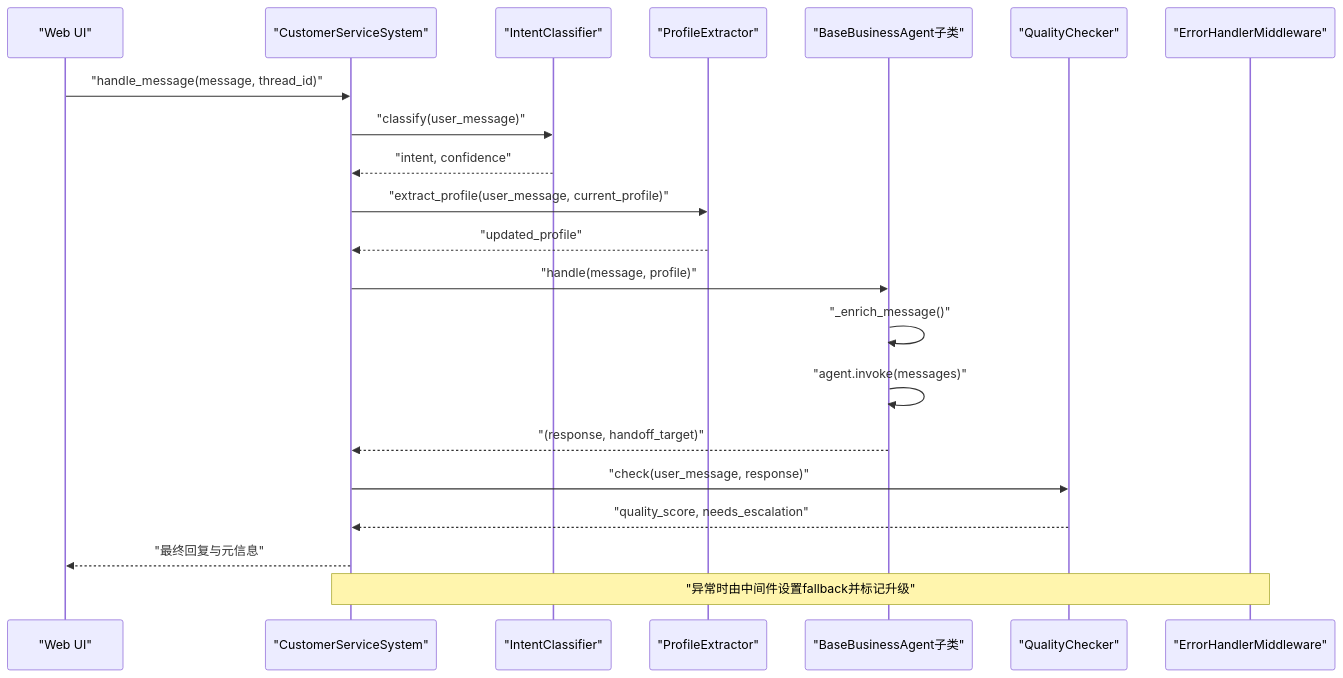
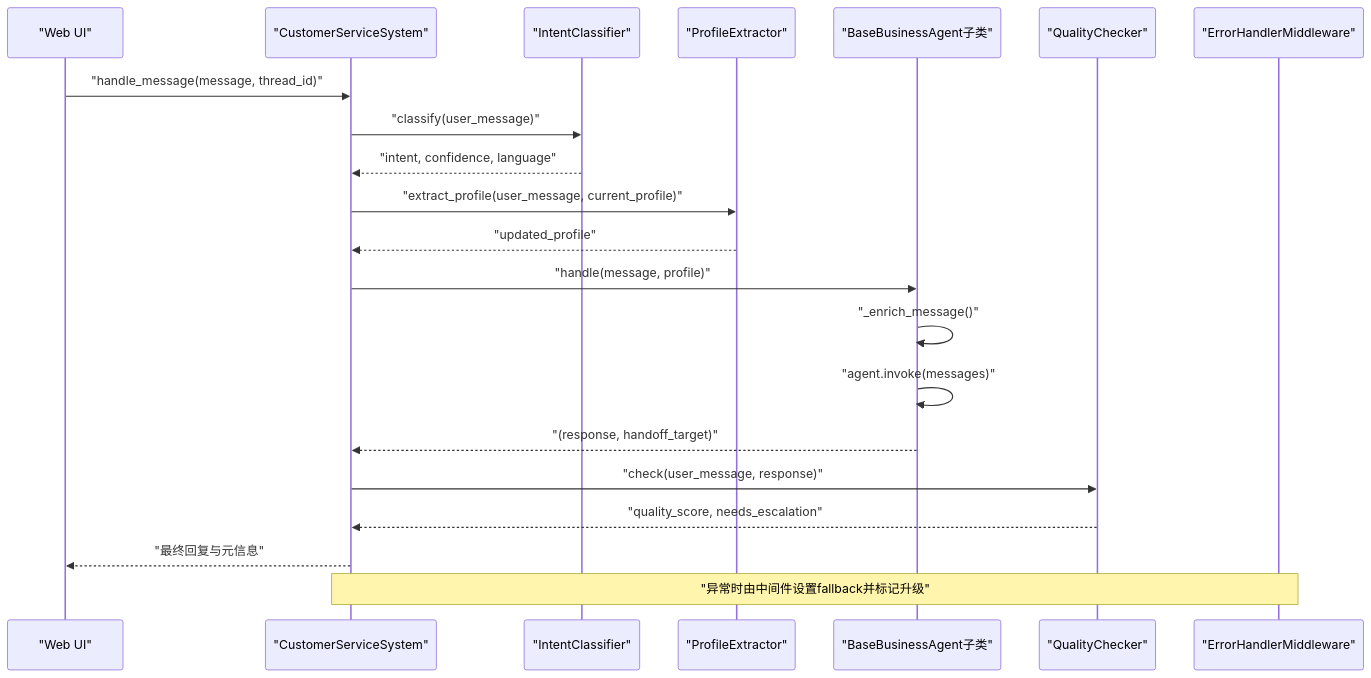
One commit to Yijtu/multi-agent-customer-service changed the second of 10 diagrams in .qoder/repowiki/zh/content/Agent系统设计/Agent基类设计.md. Above: the diagram before and after it, drawn with Mermaid. The commit also changed other lines of this file and 28 other files, not shown here.

````diff
--- a/.qoder/repowiki/zh/content/Agent系统设计/Agent基类设计.md
+++ b/.qoder/repowiki/zh/content/Agent系统设计/Agent基类设计.md
@@ -141,23 +174,23 @@
 ```mermaid
 sequenceDiagram
 participant UI as "Web UI"
 participant SYS as "CustomerServiceSystem"
 participant CLS as "IntentClassifier"
 participant EX as "ProfileExtractor"
 participant AG as "BaseBusinessAgent子类"
 participant QC as "QualityChecker"
 participant MW as "ErrorHandlerMiddleware"
 UI->>SYS : "handle_message(message, thread_id)"
 SYS->>CLS : "classify(user_message)"
-CLS-->>SYS : "intent, confidence"
+CLS-->>SYS : "intent, confidence, language"
 SYS->>EX : "extract_profile(user_message, current_profile)"
 EX-->>SYS : "updated_profile"
 SYS->>AG : "handle(message, profile)"
 AG->>AG : "_enrich_message()"
 AG->>AG : "agent.invoke(messages)"
 AG-->>SYS : "(response, handoff_target)"
 SYS->>QC : "check(user_message, response)"
 QC-->>SYS : "quality_score, needs_escalation"
 SYS-->>UI : "最终回复与元信息"
 Note over SYS,MW : "异常时由中间件设置fallback并标记升级"
 ```
````
